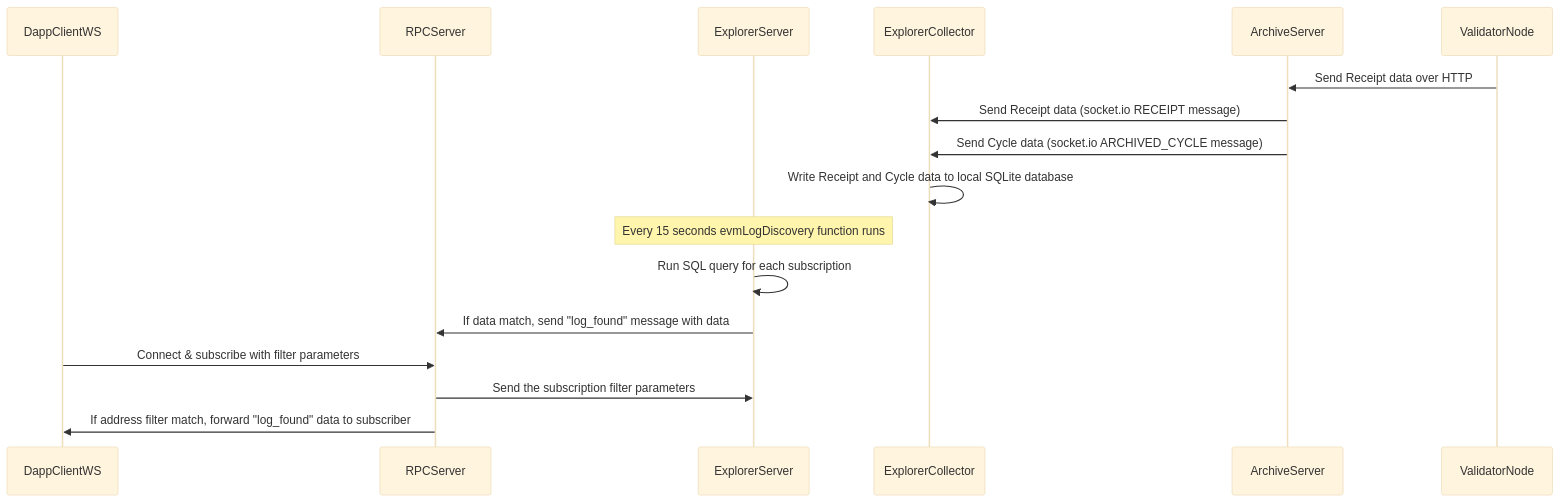
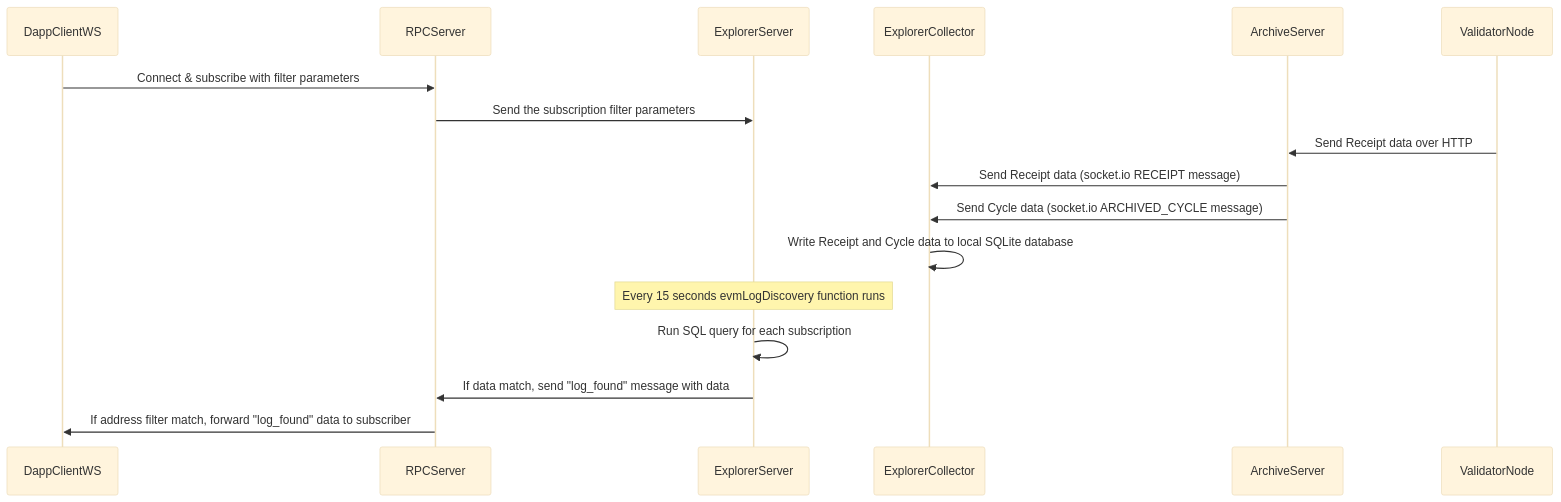
One commit to shardeum/explorer-server changed the first of 2 diagrams in DistributorUpgrade.md. Above: the diagram before and after it, drawn with Mermaid (base theme). The commit also changed other lines of this file, not shown here.

Commit message:
update sequence diagrams for clarity

````diff
--- a/DistributorUpgrade.md
+++ b/DistributorUpgrade.md
@@ -43,22 +43,23 @@
 ```mermaid
 sequenceDiagram
     participant DappClientWS
     participant RPCServer
     participant ExplorerServer
     participant ExplorerCollector
     participant ArchiveServer
     participant ValidatorNode
+
+    DappClientWS->>RPCServer: Connect & subscribe with filter parameters
+    RPCServer->>ExplorerServer: Send the subscription filter parameters
 
     ValidatorNode->>ArchiveServer: Send Receipt data over HTTP
     ArchiveServer->>ExplorerCollector: Send Receipt data (socket.io RECEIPT message)
     ArchiveServer->>ExplorerCollector: Send Cycle data (socket.io ARCHIVED_CYCLE message)
     ExplorerCollector->>ExplorerCollector: Write Receipt and Cycle data to local SQLite database
 
     Note over ExplorerServer: Every 15 seconds evmLogDiscovery function runs
     ExplorerServer->>ExplorerServer: Run SQL query for each subscription
     ExplorerServer->>RPCServer: If data match, send "log_found" message with data
 
-    DappClientWS->>RPCServer: Connect & subscribe with filter parameters
-    RPCServer->>ExplorerServer: Send the subscription filter parameters
     RPCServer->>DappClientWS: If address filter match, forward "log_found" data to subscriber
 ```
````
